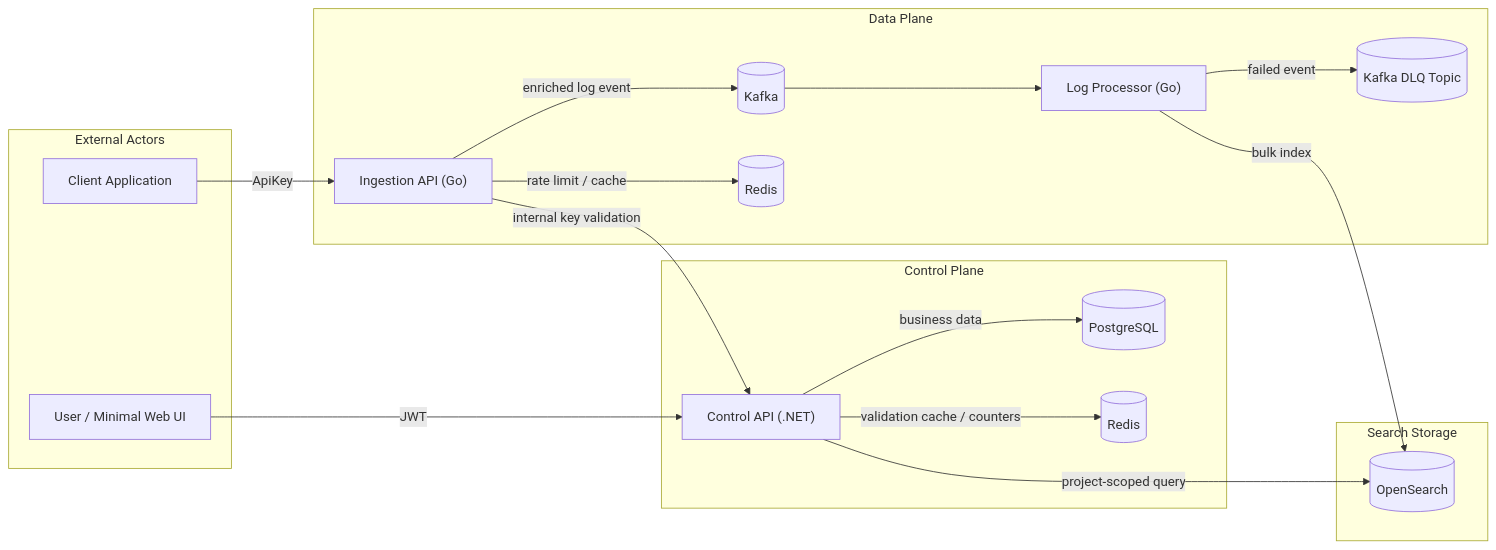
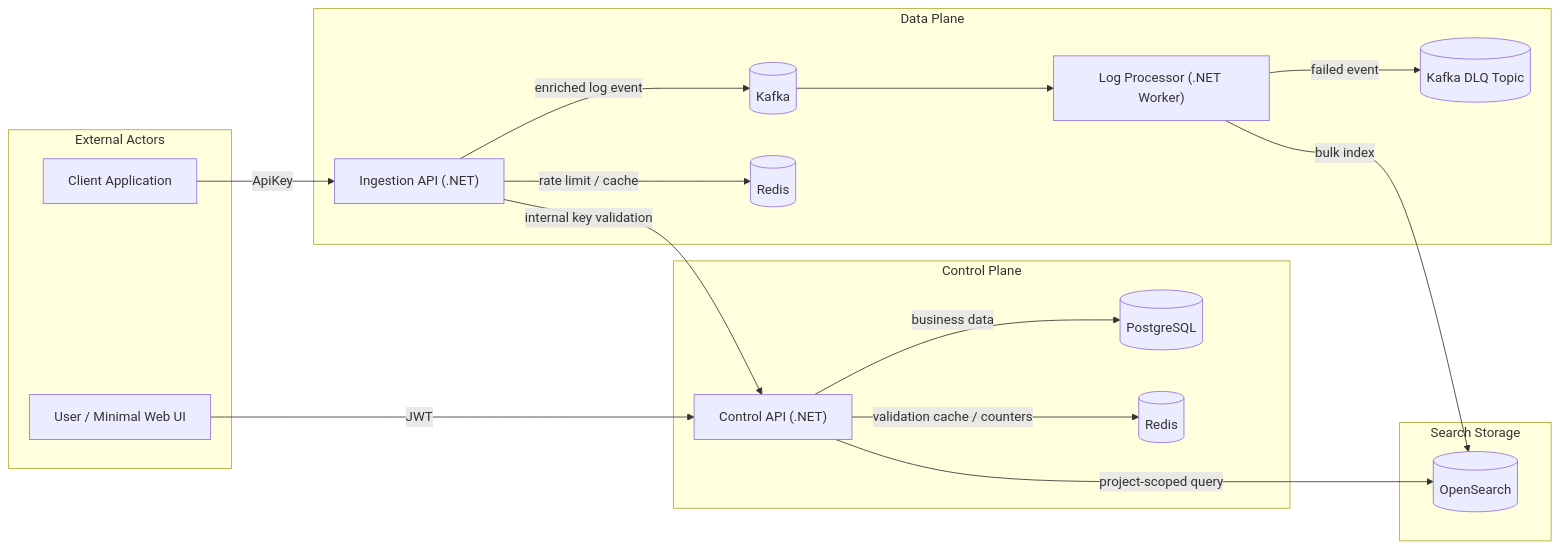
The diagram in system-design/02-high-level-design.md (T-Hank2712/TraceFlow), drawn with Mermaid before and after one commit. The commit also changed other lines of this file and 29 other files, not shown here.

Commit message:
docs: align TraceFlow with .NET service architecture

````diff
--- a/system-design/02-high-level-design.md
+++ b/system-design/02-high-level-design.md
@@ -113,38 +113,38 @@
 ```mermaid
 flowchart LR
     subgraph External["External Actors"]
         User["User / Minimal Web UI"]
         Client["Client Application"]
     end
 
     subgraph ControlPlane["Control Plane"]
         Control["Control API (.NET)"]
         Postgres[("PostgreSQL")]
         RedisControl[("Redis")]
     end
 
     subgraph DataPlane["Data Plane"]
-        Ingestion["Ingestion API (Go)"]
+        Ingestion["Ingestion API (.NET)"]
         Kafka[("Kafka")]
-        Processor["Log Processor (Go)"]
+        Processor["Log Processor (.NET Worker)"]
         RedisData[("Redis")]
         DLQ[("Kafka DLQ Topic")]
     end
 
     subgraph SearchPlane["Search Storage"]
         OpenSearch[("OpenSearch")]
     end
 
     User -- "JWT" --> Control
     Control -- "business data" --> Postgres
     Control -- "project-scoped query" --> OpenSearch
     Control -- "validation cache / counters" --> RedisControl
 
     Client -- "ApiKey" --> Ingestion
     Ingestion -- "internal key validation" --> Control
     Ingestion -- "rate limit / cache" --> RedisData
     Ingestion -- "enriched log event" --> Kafka
     Kafka --> Processor
     Processor -- "bulk index" --> OpenSearch
     Processor -- "failed event" --> DLQ
 ```
````
